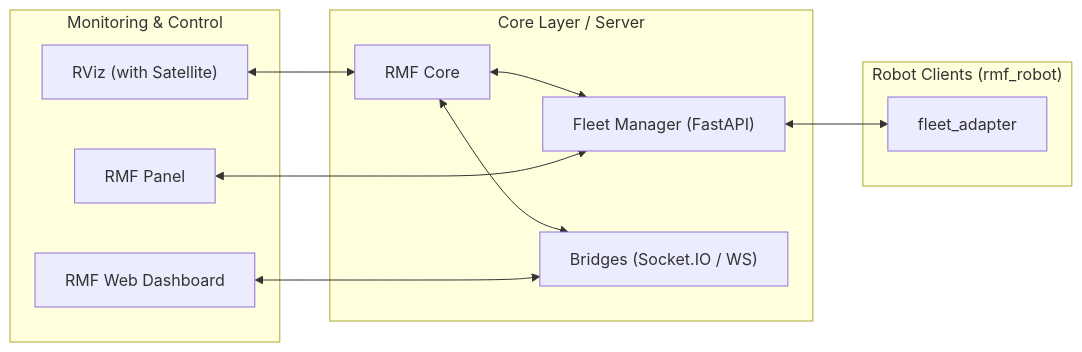
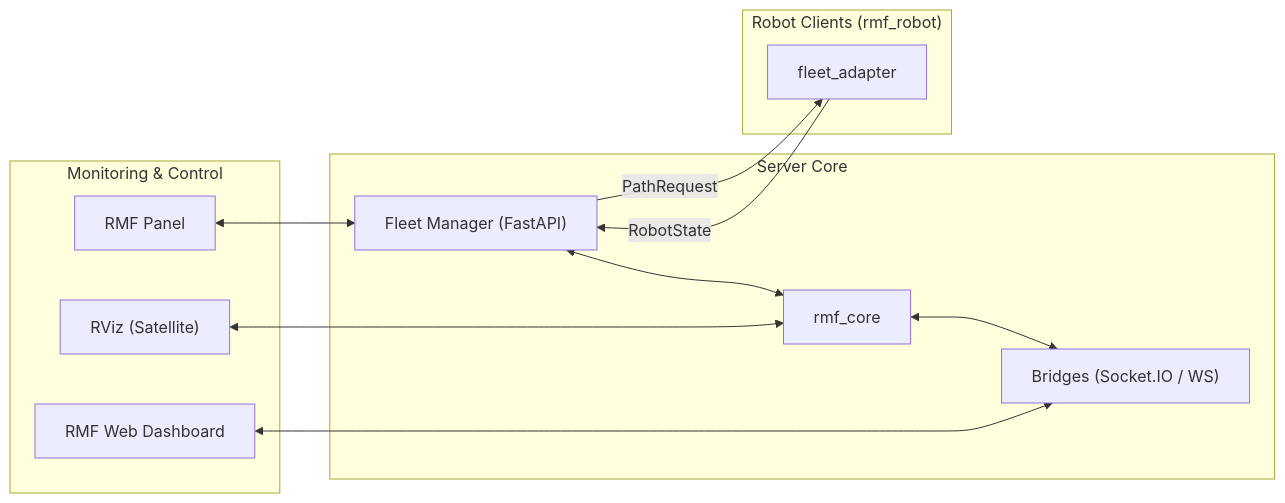
The diagram in README.md (DeveloperKSH/Open-RMF_Server), drawn with Mermaid before and after one commit.

Commit message:
md file update

````diff
--- a/README.md
+++ b/README.md
@@ -49,33 +49,34 @@
 ```mermaid
 flowchart LR
-  %% ----- Core Layer -----
-  subgraph CoreLayer["Core Layer / Server"]
-    Core["RMF Core"]
+  %% ===== Server Core =====
+  subgraph CoreLayer["Server Core"]
+    Core["rmf_core"]
     FM["Fleet Manager (FastAPI)"]
-    Bridge["Bridges (Socket.IO / WS)"]
+    Bridges["Bridges (Socket.IO / WS)"]
   end
 
-  %% ----- Monitoring -----
-  subgraph Mon["Monitoring & Control"]
+  %% ===== Monitoring & Control =====
+  subgraph Monitoring["Monitoring & Control"]
     Dash["RMF Web Dashboard"]
     Panel["RMF Panel"]
-    RViz["RViz (with Satellite)"]
+    RViz["RViz (Satellite)"]
   end
 
-  %% ----- Clients -----
+  %% ===== Robot Clients =====
   subgraph Clients["Robot Clients (rmf_robot)"]
     Adapter["fleet_adapter"]
   end
 
   %% Server internals
-  Core <--> FM
-  Core <--> Bridge
+  FM <--> Core
+  Core <--> Bridges
 
   %% Monitoring
-  Dash <--> Bridge
+  Dash <--> Bridges
   Panel <--> FM
   RViz <--> Core
 
   %% Server ↔ Robot
-  FM <--> Adapter
+  FM -- "PathRequest" --> Adapter
+  Adapter -- "RobotState" --> FM
   ```
````
